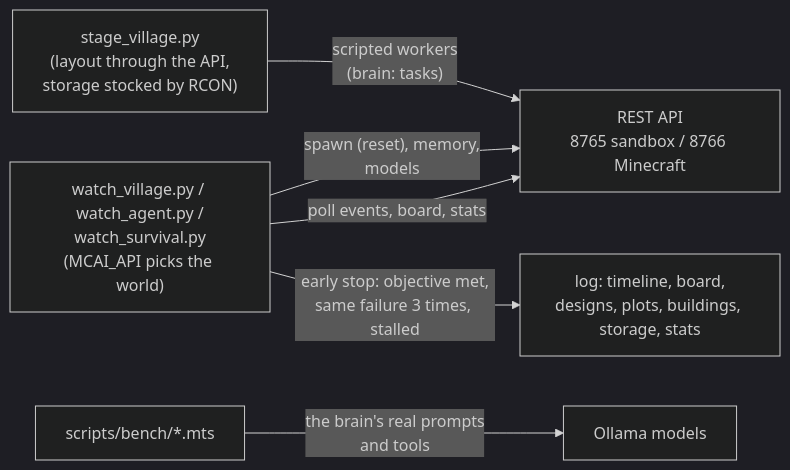
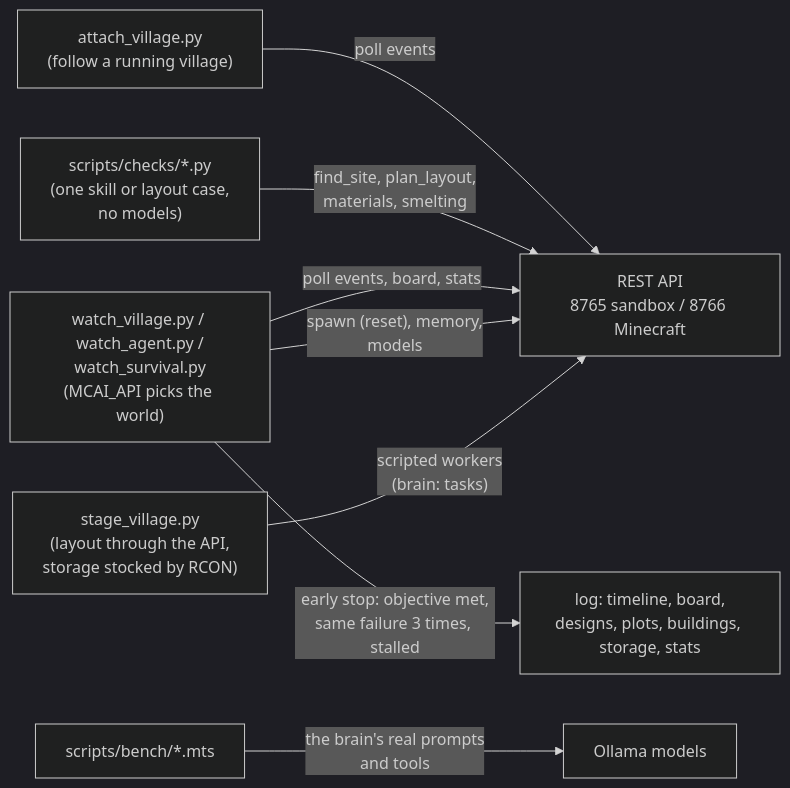
One commit to delphium226/MCAISandbox changed diagram 11 of 12 in docs/ARCHITECTURE.md. Above: the diagram before and after it, drawn with Mermaid (dark theme). The commit also changed other lines of this file and 1 other file, not shown here.

First line of the commit message:
README and ARCHITECTURE.md: the survival village as it works after phase 1 (plan step 1.6)

````diff
--- a/docs/ARCHITECTURE.md
+++ b/docs/ARCHITECTURE.md
@@ -395,8 +439,10 @@
 ```mermaid
 flowchart LR
   stage["stage_village.py<br/>(layout through the API,<br/>storage stocked by RCON)"] -- "scripted workers<br/>(brain: tasks)" --> api["REST API<br/>8765 sandbox / 8766 Minecraft"]
   script["watch_village.py / watch_agent.py /<br/>watch_survival.py<br/>(MCAI_API picks the world)"] -- "spawn (reset), memory,<br/>models" --> api
   script -- "poll events, board, stats" --> api
   script -- "early stop: objective met,<br/>same failure 3 times, stalled" --> report["log: timeline, board,<br/>designs, plots, buildings, storage, stats"]
   bench["scripts/bench/*.mts"] -- "the brain's real prompts<br/>and tools" --> ollama["Ollama models"]
+  checks["scripts/checks/*.py<br/>(one skill or layout case,<br/>no models)"] -- "find_site, plan_layout,<br/>materials, smelting" --> api
+  attach["attach_village.py<br/>(follow a running village)"] -- "poll events" --> api
 ```
````
